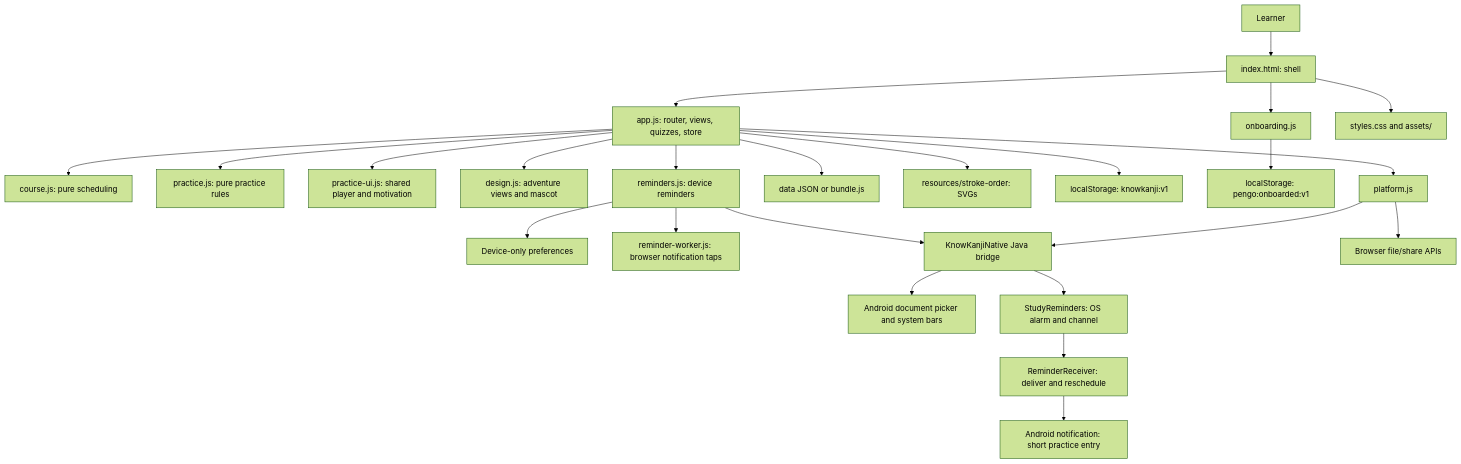
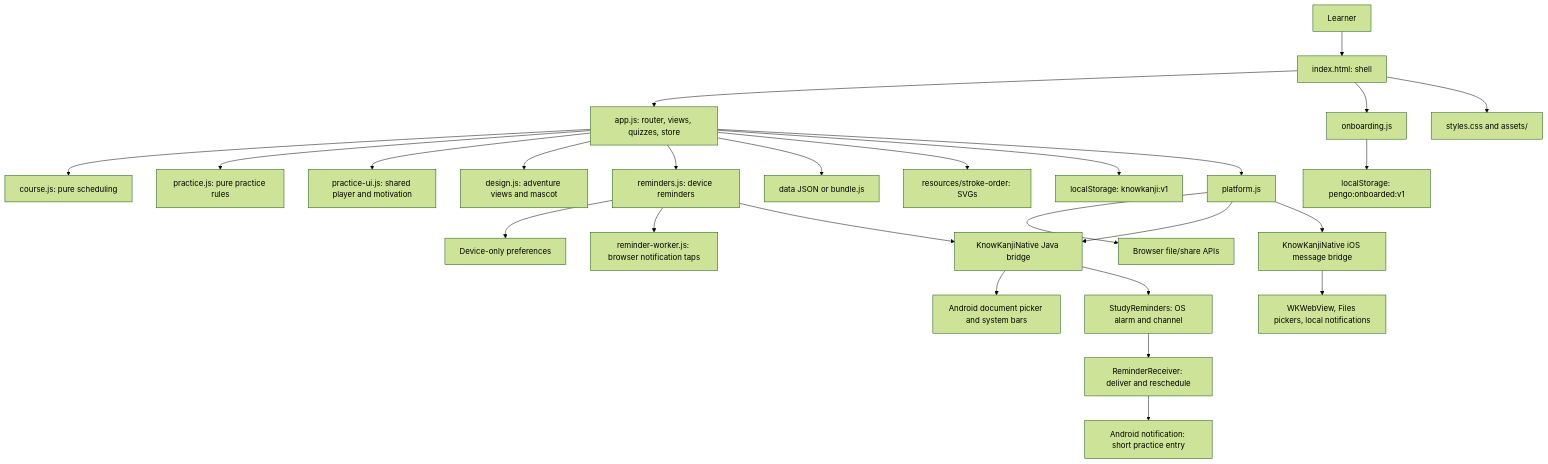
The first of 3 diagrams in docs/architecture.md (rummanrc/pengo), drawn with Mermaid (forest theme) before and after one commit. The commit also changed other lines of this file and 55 other files, not shown here.

````diff
--- a/docs/architecture.md
+++ b/docs/architecture.md
@@ -7,26 +7,28 @@
 ```mermaid
 flowchart TD
     User["Learner"] --> Shell["index.html: shell"]
     Shell --> App["app.js: router, views, quizzes, store"]
     App --> Course["course.js: pure scheduling"]
     App --> Practice["practice.js: pure practice rules"]
     App --> PracticeUI["practice-ui.js: shared player and motivation"]
     App --> Design["design.js: adventure views and mascot"]
     App --> Reminders["reminders.js: device reminders"]
     Reminders --> DevicePrefs["Device-only preferences"]
     Reminders --> Worker["reminder-worker.js: browser notification taps"]
     Reminders --> Bridge
     App --> Content["data JSON or bundle.js"]
     App --> SVG["resources/stroke-order: SVGs"]
     App --> Storage["localStorage: knowkanji:v1"]
     Shell --> Intro["onboarding.js"]
     Intro --> Flag["localStorage: pengo:onboarded:v1"]
     App --> Platform["platform.js"]
     Platform --> Browser["Browser file/share APIs"]
     Platform --> Bridge["KnowKanjiNative Java bridge"]
+    Platform --> IOSBridge["KnowKanjiNative iOS message bridge"]
+    IOSBridge --> IOS["WKWebView, Files pickers, local notifications"]
     Bridge --> Android["Android document picker and system bars"]
     Bridge --> Alarm["StudyReminders: OS alarm and channel"]
     Alarm --> Receiver["ReminderReceiver: deliver and reschedule"]
     Receiver --> Notification["Android notification: short practice entry"]
     Shell --> Style["styles.css and assets/"]
 ```
````
